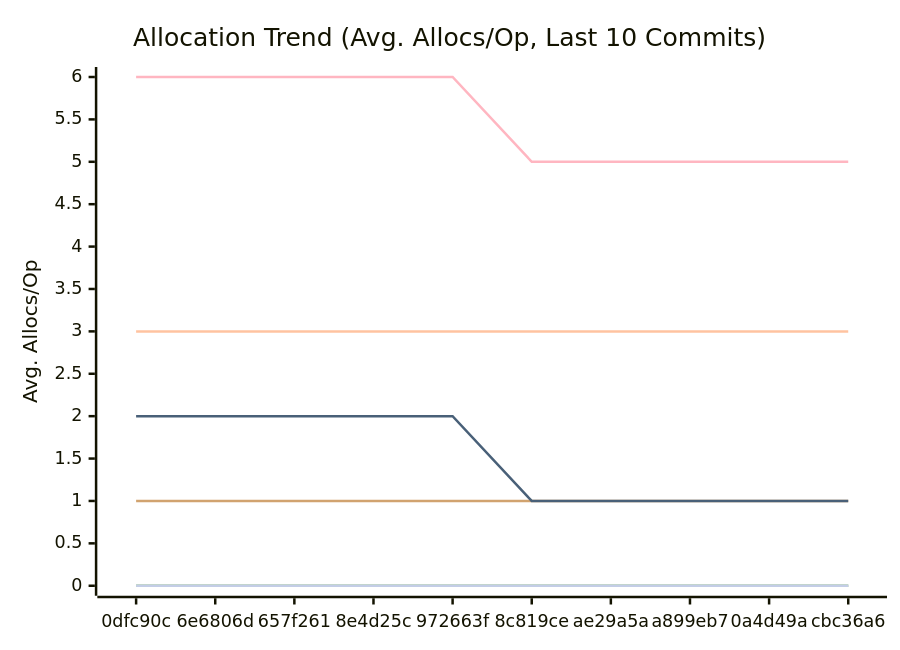
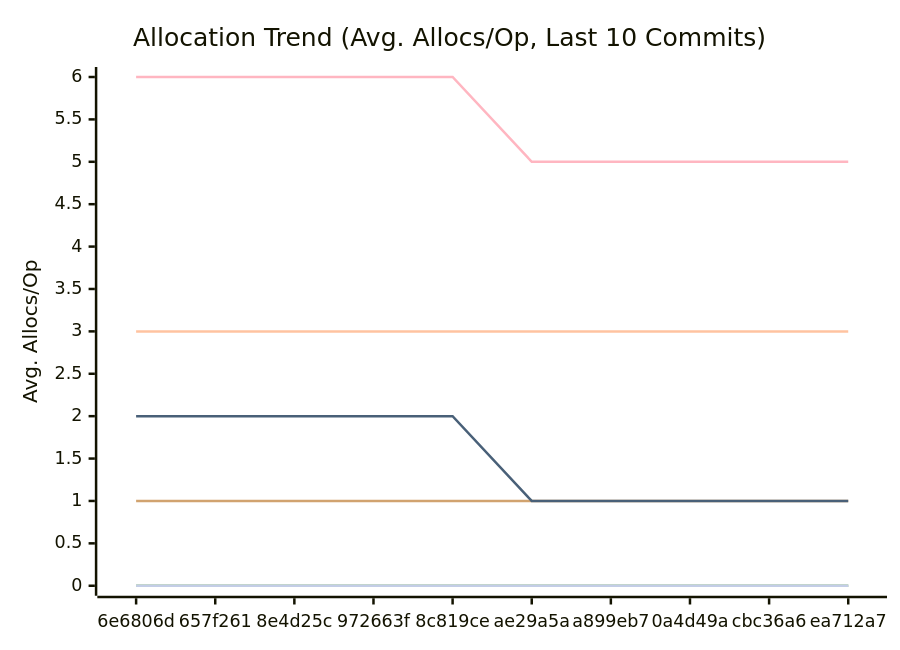
The third of 3 diagrams in docs/PERFORMANCE.md (alsotoes/momo), drawn with Mermaid before and after one commit. The commit also changed other lines of this file and 18 other files, not shown here.

````diff
--- a/docs/PERFORMANCE.md
+++ b/docs/PERFORMANCE.md
@@ -114,16 +114,16 @@
 ```mermaid
 xychart-beta
     title "Allocation Trend (Avg. Allocs/Op, Last 10 Commits)"
     x-axis "Commit"
     y-axis "Avg. Allocs/Op"
-    x-axis [0dfc90c,6e6806d,657f261,8e4d25c,972663f,8c819ce,ae29a5a,a899eb7,0a4d49a,cbc36a6]
+    x-axis [6e6806d,657f261,8e4d25c,972663f,8c819ce,ae29a5a,a899eb7,0a4d49a,cbc36a6,ea712a7]
     line "CheckMetricsAndSwap" [0,0,0,0,0,0,0,0,0,0]
     line "CrushOptimized" [0,0,0,0,0,0,0,0,0,0]
     line "CrushOriginal" [3,3,3,3,3,3,3,3,3,3]
     line "IndexDirectTracking" [0,0,0,0,0,0,0,0,0,0]
     line "IndexSearch" [0,0,0,0,0,0,0,0,0,0]
     line "LoadGlobalConfig" [1,1,1,1,1,1,1,1,1,1]
     line "PadString" [0,0,0,0,0,0,0,0,0,0]
     line "ParseReplicationOrder_NoPrealloc" [6,6,6,6,6,5,5,5,5,5]
     line "ParseReplicationOrder_Prealloc" [2,2,2,2,2,1,1,1,1,1]
 ```
````
